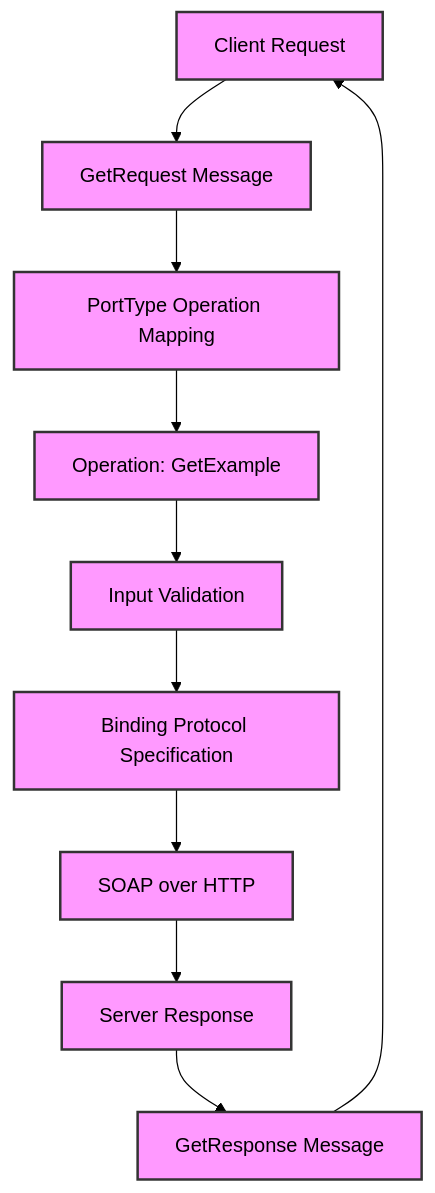
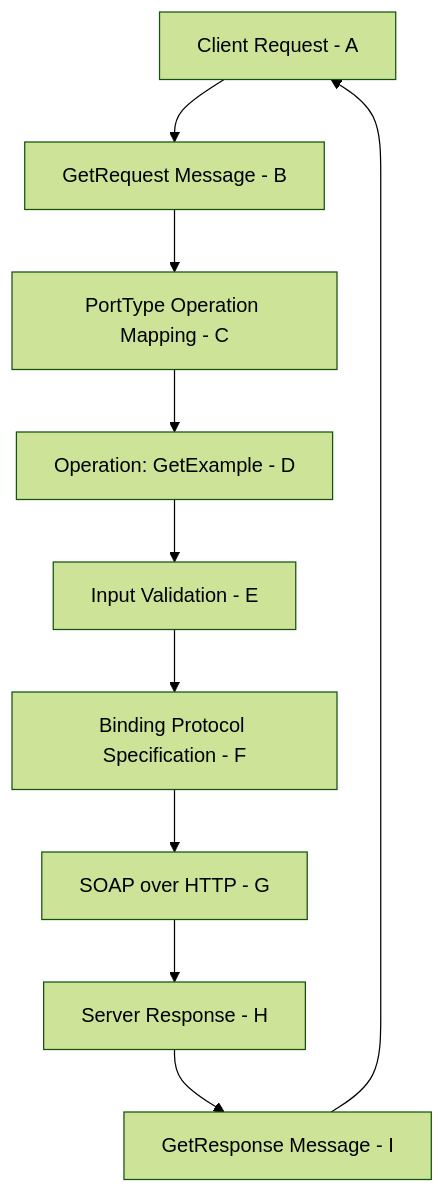
Before and after one commit to kvk-code/soap: the diagram in line_diagram.md, drawn with Mermaid (forest theme).

````diff
--- a/line_diagram.md
+++ b/line_diagram.md
@@ -1,25 +1,12 @@
 ```mermaid
 graph TD
-    A[Client Request] --> B[GetRequest Message]
-    B --> C[PortType Operation Mapping]
-    C --> D[Operation: GetExample]
-    D --> E[Input Validation]
-    E --> F[Binding Protocol Specification]
-    F --> G[SOAP over HTTP]
-    G --> H[Server Response]
-    H --> I[GetResponse Message]
+    A[Client Request - A] --> B[GetRequest Message - B]
+    B --> C[PortType Operation Mapping - C]
+    C --> D[Operation: GetExample - D]
+    D --> E[Input Validation - E]
+    E --> F[Binding Protocol Specification - F]
+    F --> G[SOAP over HTTP - G]
+    G --> H[Server Response - H]
+    H --> I[GetResponse Message - I]
     I --> A
-
-    %% Labels
-    A:::label
-    B:::label
-    C:::label
-    D:::label
-    E:::label
-    F:::label
-    G:::label
-    H:::label
-    I:::label
-
-    classDef label fill:#f9f,stroke:#333,stroke-width:2px;
 ```
````
